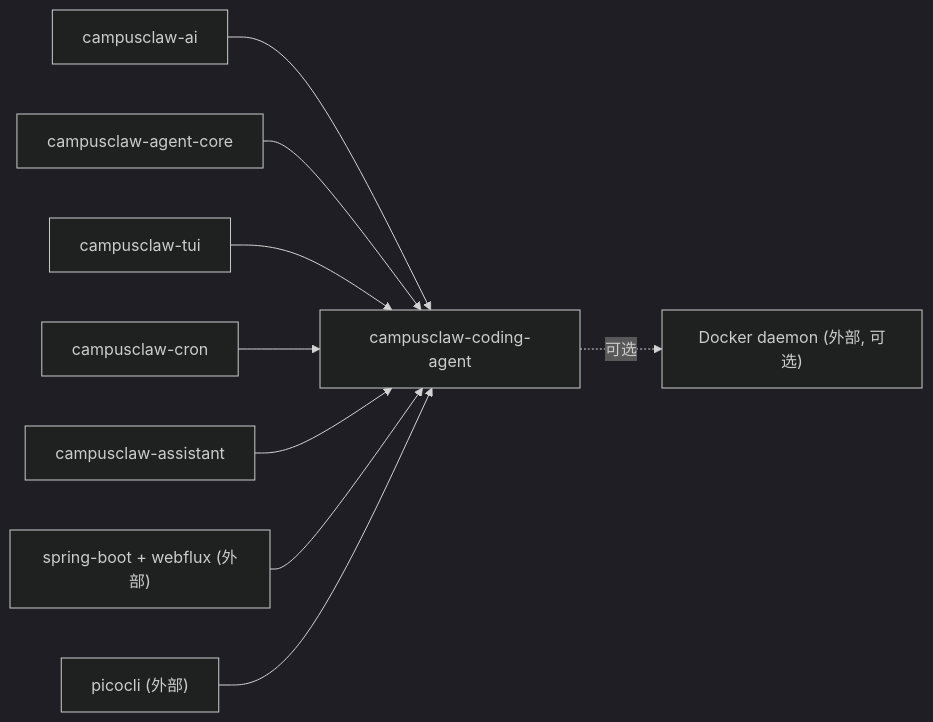
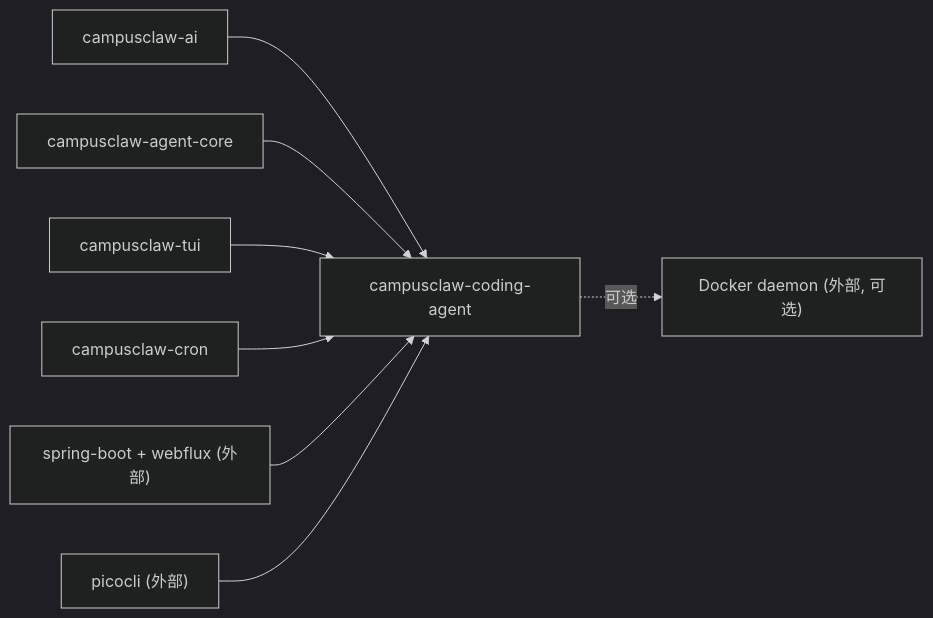
The first of 3 diagrams in docs/designs/coding-agent-cli.md (superheromeZzh/pi-mono-java), drawn with Mermaid (dark theme) before and after one commit. The commit also changed other lines of this file and 78 other files, not shown here.

````diff
--- a/docs/designs/coding-agent-cli.md
+++ b/docs/designs/coding-agent-cli.md
@@ -64,20 +63,18 @@
 ```mermaid
 flowchart LR
     ai["campusclaw-ai"]
     core["campusclaw-agent-core"]
     tui["campusclaw-tui"]
     cron["campusclaw-cron"]
-    assistant["campusclaw-assistant"]
     cli["campusclaw-coding-agent"]
     spring["spring-boot + webflux (外部)"]
     picocli["picocli (外部)"]
     docker["Docker daemon (外部, 可选)"]
     ai --> cli
     core --> cli
     tui --> cli
     cron --> cli
-    assistant --> cli
     spring --> cli
     picocli --> cli
     cli -.可选.-> docker
 ```
````
